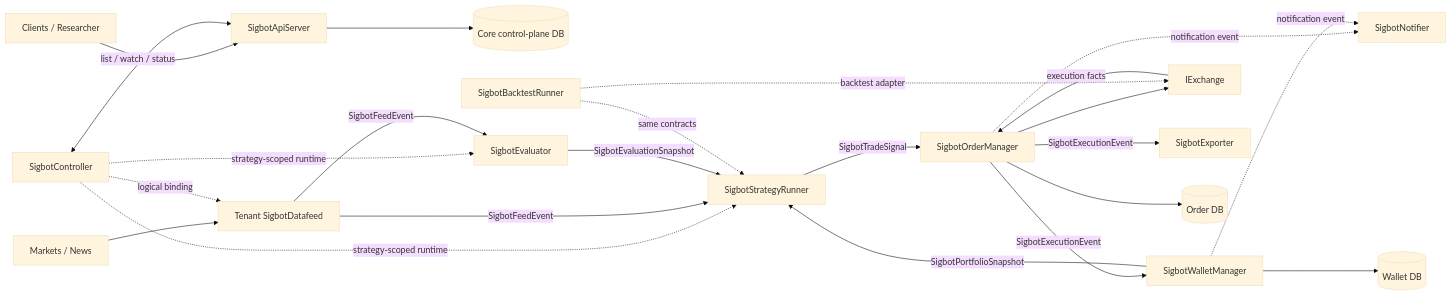
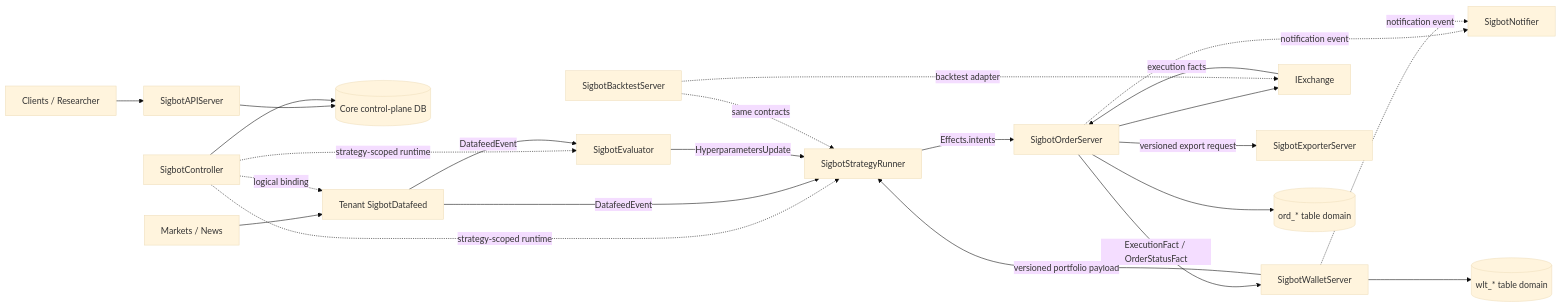
The diagram in docs/architecture/overview.md (sigbot-labs/sigbot-core), drawn with Mermaid (base theme) before and after one commit. The commit also changed other lines of this file and 40 other files, not shown here.

Commit message:
Align architecture docs with implemented runtime boundaries

````diff
--- a/docs/architecture/overview.md
+++ b/docs/architecture/overview.md
@@ -21,29 +22,29 @@
 ```mermaid
 flowchart LR
-    Clients[Clients / Researcher] --> API[SigbotApiServer]
+    Clients[Clients / Researcher] --> API[SigbotAPIServer]
     API --> CoreDB[(Core control-plane DB)]
-    Controller[SigbotController] <-->|list / watch / status| API
+    Controller[SigbotController] --> CoreDB
 
     Sources[Markets / News] --> Datafeed[Tenant SigbotDatafeed]
     Controller -. logical binding .-> Datafeed
     Controller -. strategy-scoped runtime .-> Evaluator[SigbotEvaluator]
     Controller -. strategy-scoped runtime .-> Strategy[SigbotStrategyRunner]
 
-    Datafeed -->|SigbotFeedEvent| Evaluator
-    Datafeed -->|SigbotFeedEvent| Strategy
-    Evaluator -->|SigbotEvaluationSnapshot| Strategy
-    Wallet[SigbotWalletManager] -->|SigbotPortfolioSnapshot| Strategy
-    Strategy -->|SigbotTradeSignal| Order[SigbotOrderManager]
+    Datafeed -->|DatafeedEvent| Evaluator
+    Datafeed -->|DatafeedEvent| Strategy
+    Evaluator -->|HyperparametersUpdate| Strategy
+    Wallet[SigbotWalletServer] -->|versioned portfolio payload| Strategy
+    Strategy -->|Effects.intents| Order[SigbotOrderServer]
     Order --> Exchange[IExchange]
     Exchange -->|execution facts| Order
-    Order -->|SigbotExecutionEvent| Wallet
-    Order -->|SigbotExecutionEvent| Exporter[SigbotExporter]
+    Order -->|ExecutionFact / OrderStatusFact| Wallet
+    Order -->|versioned export request| Exporter[SigbotExporterServer]
     Order -. notification event .-> Notifier[SigbotNotifier]
     Wallet -. notification event .-> Notifier
 
-    Order --> OrderDB[(Order DB)]
-    Wallet --> WalletDB[(Wallet DB)]
+    Order --> OrderDB[(ord_* table domain)]
+    Wallet --> WalletDB[(wlt_* table domain)]
 
-    Backtest[SigbotBacktestRunner] -. same contracts .-> Strategy
+    Backtest[SigbotBacktestServer] -. same contracts .-> Strategy
     Backtest -. backtest adapter .-> Exchange
 ```
````
